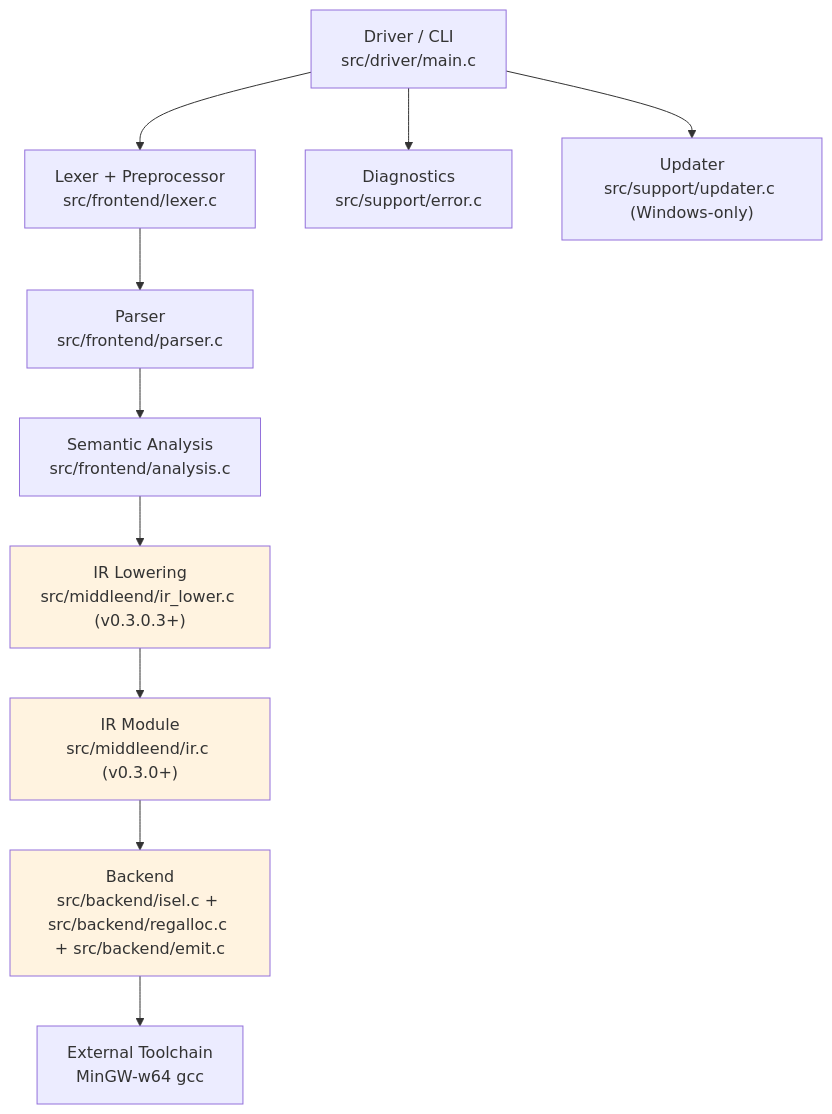
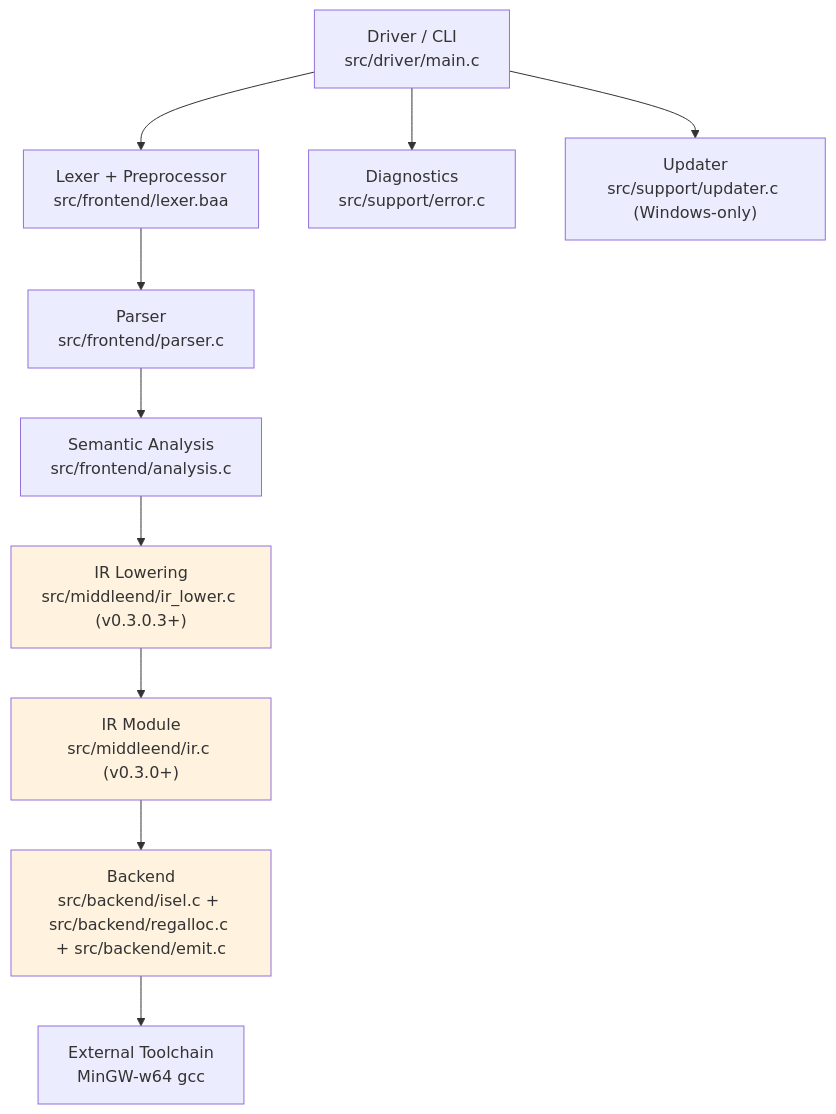
Before and after one commit to OmarAglan/Baa: the second of 2 diagrams in docs/INTERNALS.md, drawn with Mermaid. The commit also changed other lines of this file and 13 other files, not shown here.

First line of the commit message:
Promote Baa lexer to production

````diff
--- a/docs/INTERNALS.md
+++ b/docs/INTERNALS.md
@@ -85,17 +85,17 @@
 ```mermaid
 flowchart TB
-    Driver["Driver / CLI\nsrc/driver/main.c"] --> Lexer["Lexer + Preprocessor\nsrc/frontend/lexer.c"]
+    Driver["Driver / CLI\nsrc/driver/main.c"] --> Lexer["Lexer + Preprocessor\nsrc/frontend/lexer.baa"]
     Lexer --> Parser["Parser\nsrc/frontend/parser.c"]
     Parser --> Analyzer["Semantic Analysis\nsrc/frontend/analysis.c"]
     Analyzer --> Lower["IR Lowering\nsrc/middleend/ir_lower.c (v0.3.0.3+)"]
     Lower --> IR["IR Module\nsrc/middleend/ir.c (v0.3.0+)"]
     IR --> Backend["Backend\nsrc/backend/isel.c + src/backend/regalloc.c + src/backend/emit.c"]
     Backend --> GCC["External Toolchain\nMinGW-w64 gcc"]
 
     Driver --> Diagnostics["Diagnostics\nsrc/support/error.c"]
     Driver --> Updater["Updater\nsrc/support/updater.c (Windows-only)"]
     
     style Lower fill:#fff3e0
     style IR fill:#fff3e0
     style Backend fill:#fff3e0
 ```
````
